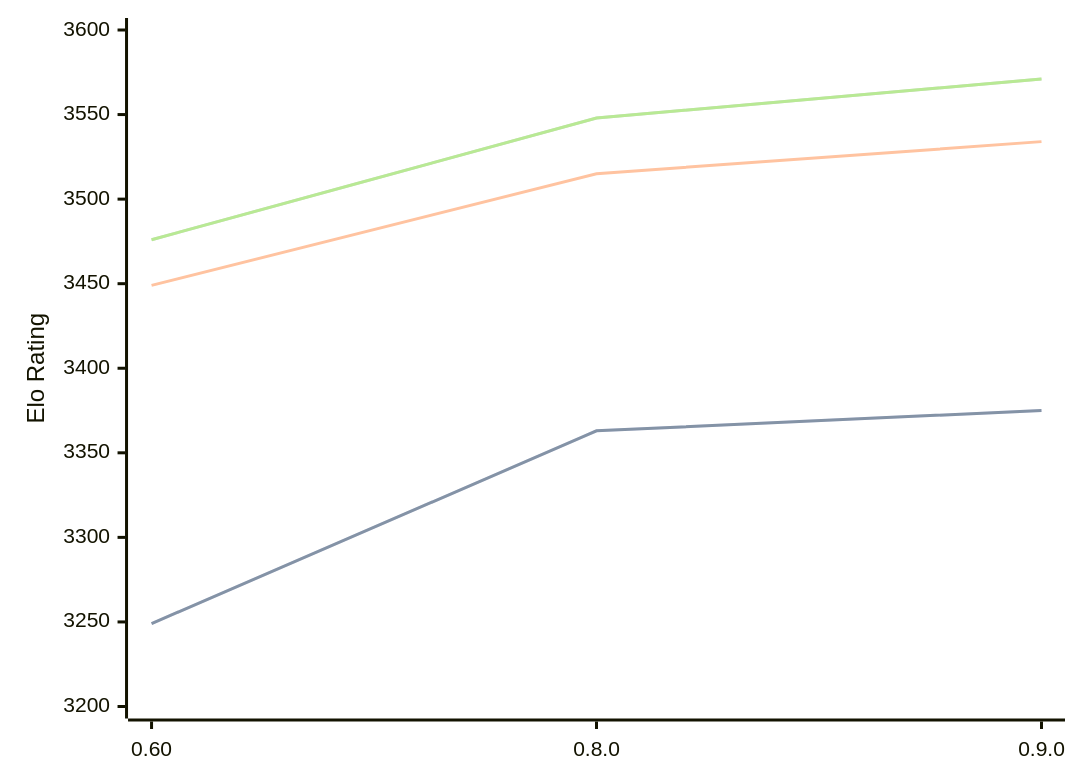
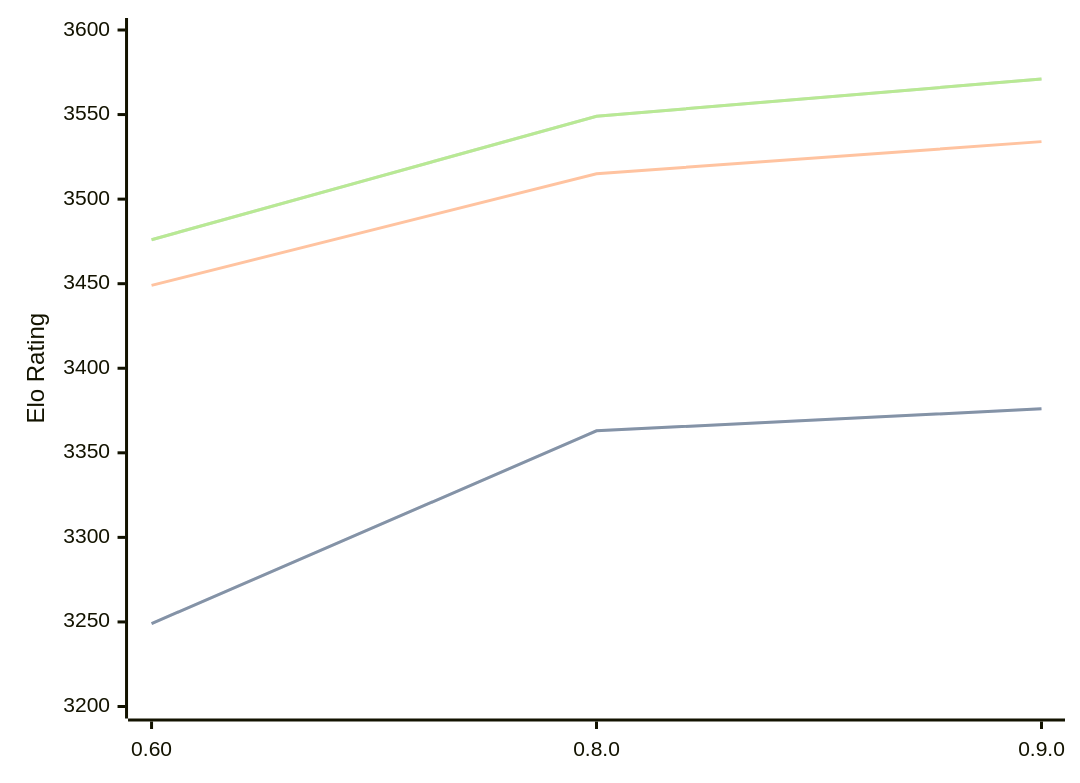
The diagram in engines/Motor.md (computer-chess-index/cci), drawn with Mermaid before and after one commit. The commit also changed other lines of this file, not shown here.

Commit message:
Update CCI Ratings (ELO VLTC) - 2026-02-21

````diff
--- a/engines/Motor.md
+++ b/engines/Motor.md
@@ -36,11 +36,11 @@
 ```mermaid
 %%{init: {"theme":"base","themeVariables":{"seriesColors:['#a3a3a3','#222221','#faa371']}}}%%
 xychart-beta
   x-axis ["0.60", "0.8.0", "0.9.0"]
   y-axis "Elo Rating" 3200 --> 3600
-  line "STC (8.0+0.08s)" [3249, 3363, 3375]
-  line "STC (8.0+0.08s)" [3249, 3363, 3375]
+  line "STC (8.0+0.08s)" [3249, 3363, 3376]
+  line "STC (8.0+0.08s)" [3249, 3363, 3376]
   line "LTC (60.0+0.60s)" [3449, 3515, 3534]
-  line "VLTC (2m24s+1.12s)" [3476, 3548, 3571]
-  line "VLTC (2m24s+1.12s)" [3476, 3548, 3571]
+  line "VLTC (2m24s+1.12s)" [3476, 3549, 3571]
+  line "VLTC (2m24s+1.12s)" [3476, 3549, 3571]
 ```
````
